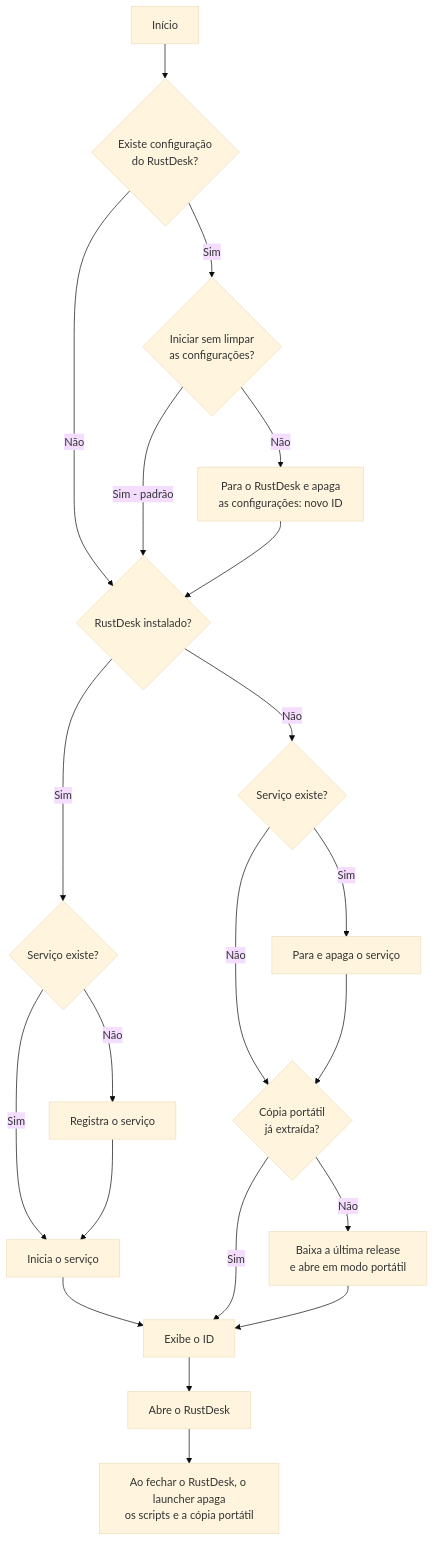
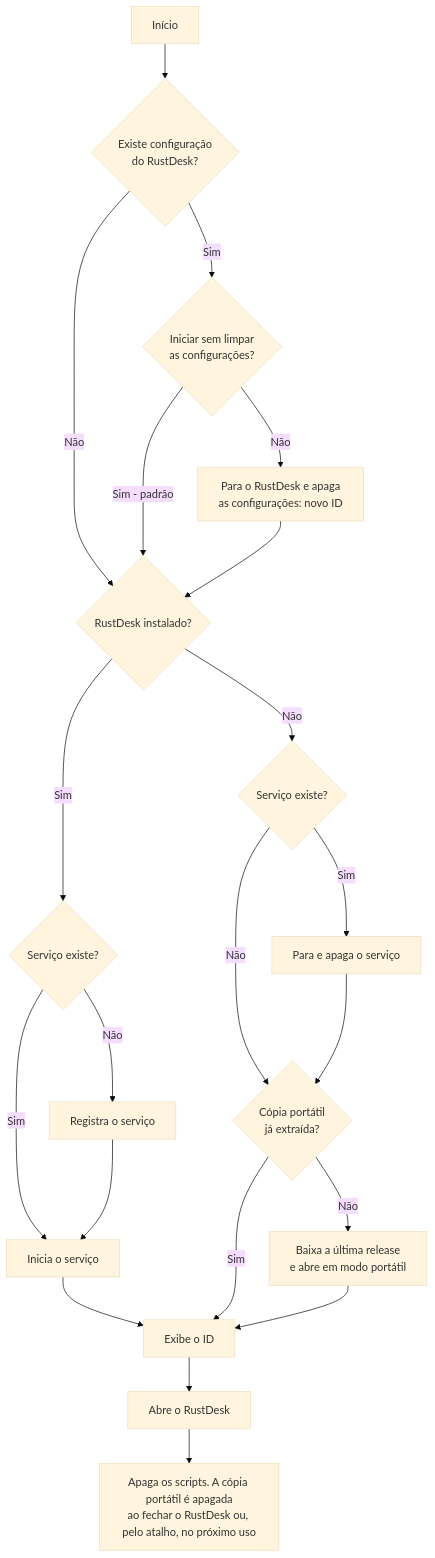
Before and after one commit to wevertonmbrtx/rustdesk: the diagram in README.md, drawn with Mermaid (base theme). The commit also changed other lines of this file and 2 other files, not shown here.

Commit message:
Atualiza a lógica de limpeza no script launcher.ps1 e initrd.bat para melhorar a gestão de arquivos temporários. Ajusta a documentação no README.md para refletir as mudanças no comportamento do atalho e na remoção de cópias portáteis.

````diff
--- a/README.md
+++ b/README.md
@@ -56,23 +56,23 @@
 ```mermaid
 graph TD
     A[Início] --> B{Existe configuração<br/>do RustDesk?}
     B -->|Não| E{RustDesk instalado?}
     B -->|Sim| C{Iniciar sem limpar<br/>as configurações?}
     C -->|Sim - padrão| E
     C -->|Não| D[Para o RustDesk e apaga<br/>as configurações: novo ID]
     D --> E
     E -->|Sim| F{Serviço existe?}
     F -->|Não| G[Registra o serviço]
     F -->|Sim| H[Inicia o serviço]
     G --> H
     H --> M[Exibe o ID]
     E -->|Não| I{Serviço existe?}
     I -->|Sim| J[Para e apaga o serviço]
     I -->|Não| K{Cópia portátil<br/>já extraída?}
     J --> K
     K -->|Sim| M
     K -->|Não| L[Baixa a última release<br/>e abre em modo portátil]
     L --> M
     M --> N[Abre o RustDesk]
-    N --> O[Ao fechar o RustDesk, o launcher apaga<br/>os scripts e a cópia portátil]
+    N --> O[Apaga os scripts. A cópia portátil é apagada<br/>ao fechar o RustDesk ou, pelo atalho, no próximo uso]
 ```
````
